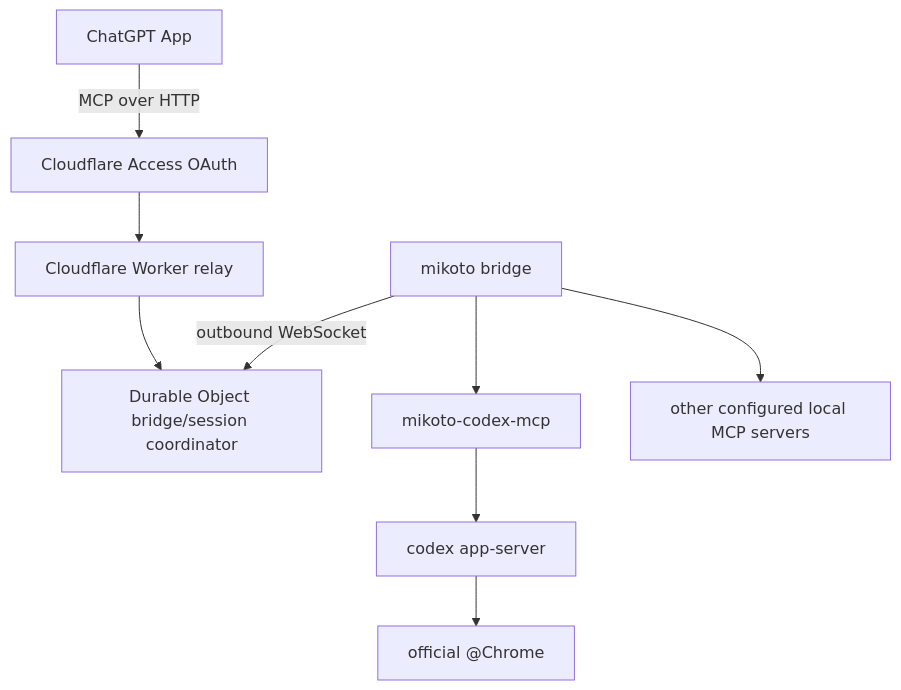
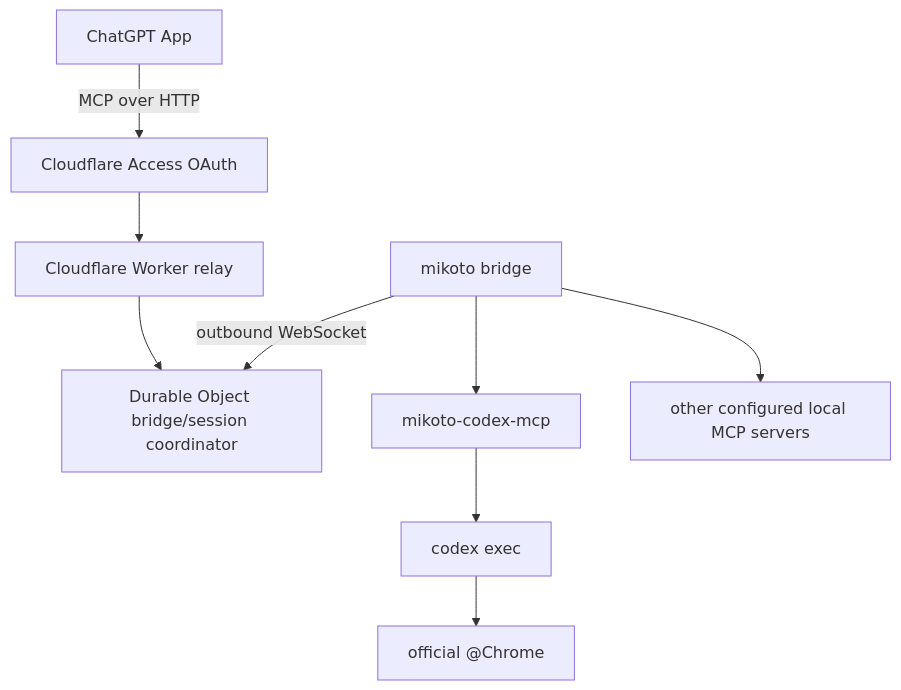
One commit to risu729/mikoto changed the first of 2 diagrams in README.md. Above: the diagram before and after it, drawn with Mermaid. The commit also changed other lines of this file and 6 other files, not shown here.

Commit message:
feat(codex-mcp): add chrome read tool (#27)

````diff
--- a/README.md
+++ b/README.md
@@ -42,11 +42,11 @@
 ```mermaid
 flowchart TD
   ChatGPT[ChatGPT App] -->|MCP over HTTP| Access[Cloudflare Access OAuth]
   Access --> Worker[Cloudflare Worker relay]
   Worker --> DO[Durable Object bridge/session coordinator]
   Bridge[mikoto bridge] -->|outbound WebSocket| DO
   Bridge --> CodexMCP[mikoto-codex-mcp]
-  CodexMCP --> Codex[codex app-server]
+  CodexMCP --> Codex[codex exec]
   Codex --> Chrome[official @Chrome]
   Bridge --> OtherMCP[other configured local MCP servers]
 ```
````
